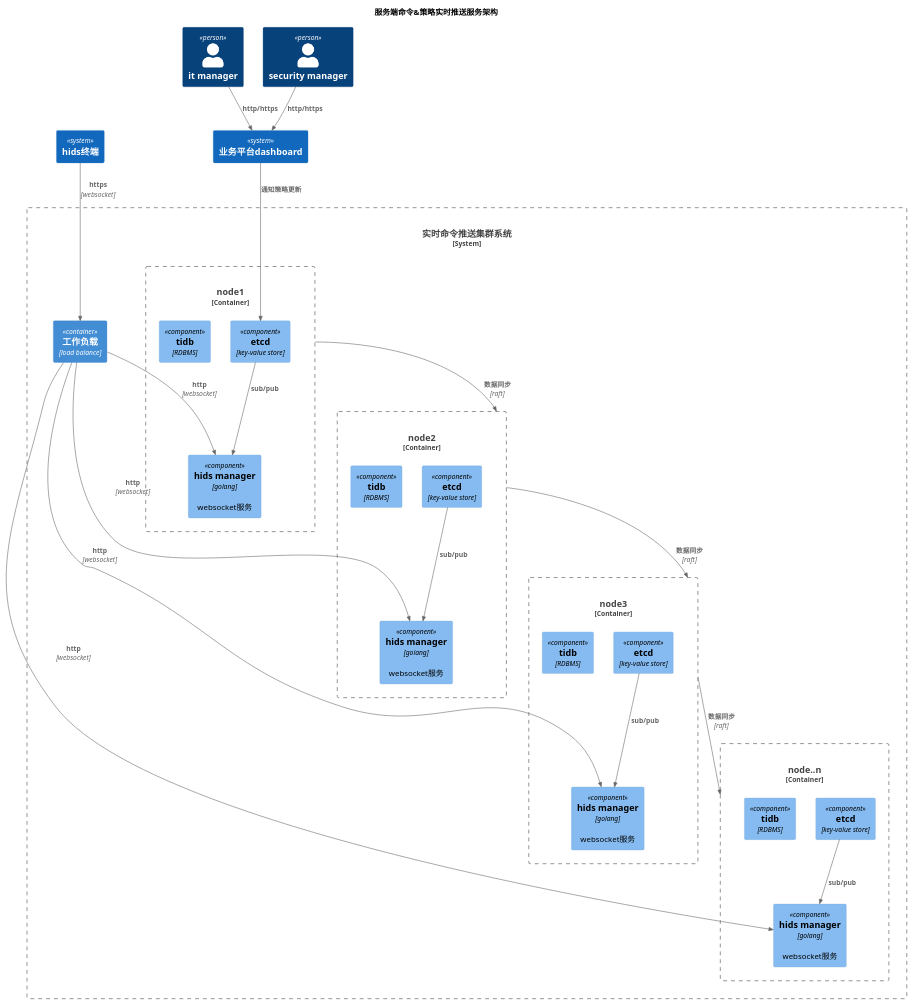
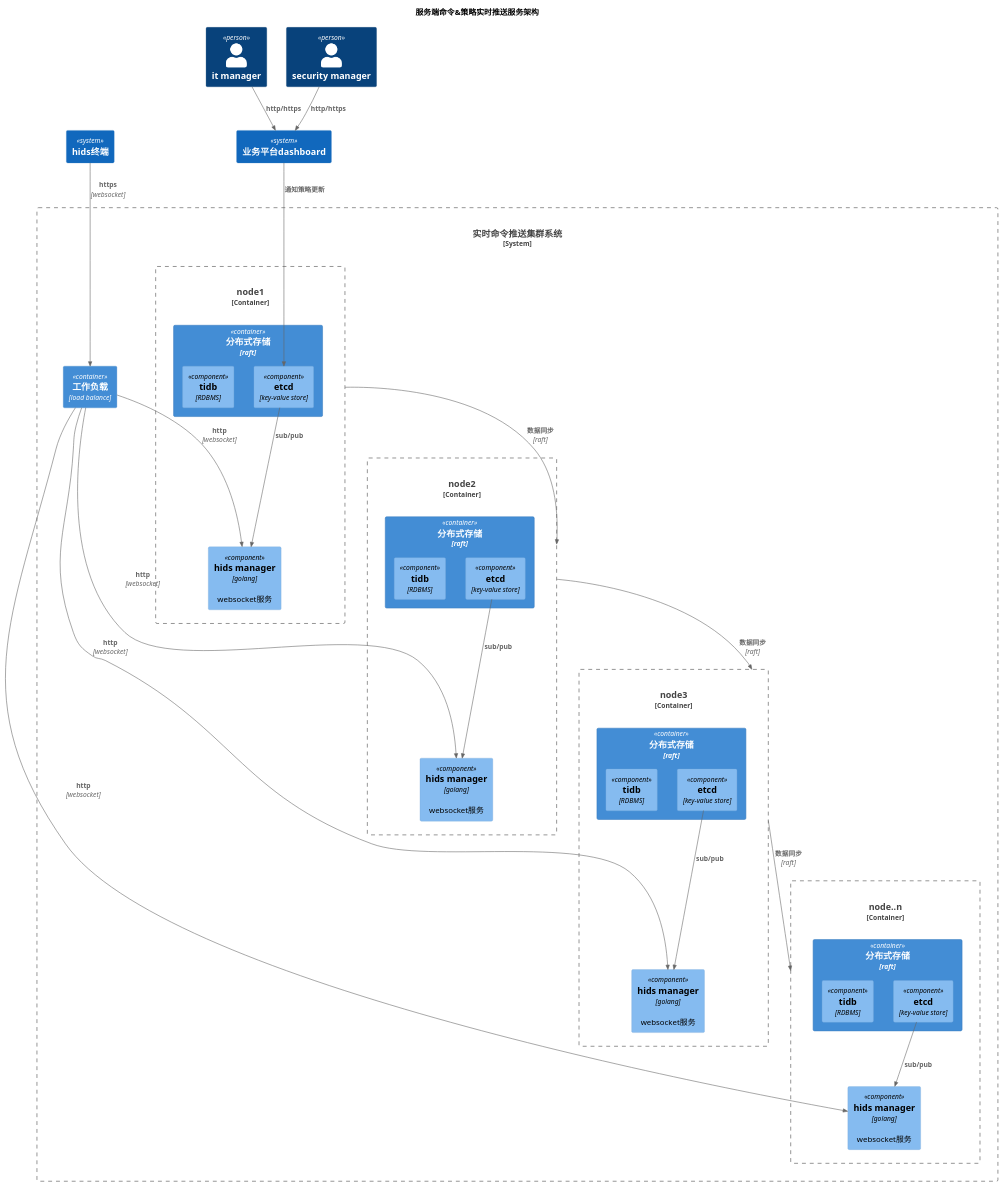
The diagram in docs/distribute_bg_services.wsd (nodelinker/freakmonkey), drawn with PlantUML before and after one commit. The commit also changed 1 other file, not shown here.

Commit message:
修改图例

```diff
--- a/docs/distribute_bg_services.wsd
+++ b/docs/distribute_bg_services.wsd
@@ -1,77 +1,90 @@
 @startuml distribute_background_services
 
 !includeurl https://raw.githubusercontent.com/RicardoNiepel/C4-PlantUML/release/1-0/C4_Container.puml
 !includeurl https://raw.githubusercontent.com/RicardoNiepel/C4-PlantUML/master/C4_Context.puml
 !includeurl https://raw.githubusercontent.com/RicardoNiepel/C4-PlantUML/master/C4_Component.puml
 
 
 title 服务端命令&策略实时推送服务架构
 
 Person(it_manager, "it manager")
 Person(sec_manager, "security manager")
 
 System(sys1, "业务平台dashboard")
 
 System(sys_hids_agent, "hids终端"){
     
 }
 
 System_Boundary(sys_agent_mgr, "实时命令推送集群系统"){
 
     Container(load_balancer, "工作负载", "load balance")
     
 
     Container_Boundary(node1, "node1"){
-        Component(etcd1, "etcd", "key-value store")
-        Component(tidb1, "tidb", "RDBMS")
+                
+        Container(distribute_store1, "分布式存储", "raft"){
+            Component(etcd1, "etcd", "key-value store")
+            Component(tidb1, "tidb", "RDBMS")
+        }
+
         Component(hids_mgr1, "hids manager", "golang", "websocket服务")
-        
         Rel(etcd1, hids_mgr1, "sub/pub")        
     }
 
     Container_Boundary(node2, "node2"){
-        Component(etcd2, "etcd", "key-value store")
-        Component(tidb2, "tidb", "RDBMS")
+        
+        Container(distribute_store2, "分布式存储", "raft"){
+            Component(etcd2, "etcd", "key-value store")
+            Component(tidb2, "tidb", "RDBMS")
+        }
+
+
+
         Component(hids_mgr2, "hids manager", "golang", "websocket服务")
         Rel(etcd2, hids_mgr2, "sub/pub")
 
     }
 
     Container_Boundary(node3, "node3"){
-        Component(etcd3, "etcd", "key-value store")
-        Component(tidb3, "tidb", "RDBMS")
+        Container(distribute_store3, "分布式存储", "raft"){
+            Component(etcd3, "etcd", "key-value store")
+            Component(tidb3, "tidb", "RDBMS")
+        }
         Component(hids_mgr3, "hids manager", "golang", "websocket服务")
 
         Rel(etcd3, hids_mgr3, "sub/pub")
     }
 
     Container_Boundary(nodeN, "node..n"){
-        Component(etcdN, "etcd", "key-value store")
-        Component(tidbN, "tidb", "RDBMS")
+        Container(distribute_storeN, "分布式存储", "raft"){
+            Component(etcdN, "etcd", "key-value store")
+            Component(tidbN, "tidb", "RDBMS")
+        }
         Component(hids_mgrN, "hids manager", "golang", "websocket服务")
         Rel(etcdN, hids_mgrN, "sub/pub")
 
     }
 
     Rel(load_balancer, hids_mgr1, "http", "websocket")
     Rel(load_balancer, hids_mgr2, "http", "websocket")
     Rel(load_balancer, hids_mgr3, "http", "websocket")
     Rel(load_balancer, hids_mgrN, "http", "websocket")
     
 
     Rel(node1, node2, "数据同步", "raft")
     Rel(node2, node3, "数据同步", "raft")
     Rel(node3, nodeN, "数据同步", "raft")
 
 }
 
 Rel(it_manager, sys1, "http/https")
 Rel(sec_manager, sys1, "http/https")
 
 ' sys1 --> sys_agent_mgr
 
 Rel(sys1, etcd1, "通知策略更新")
 Rel(sys_hids_agent, load_balancer, "https", "websocket")
 
 
 @enduml
```
